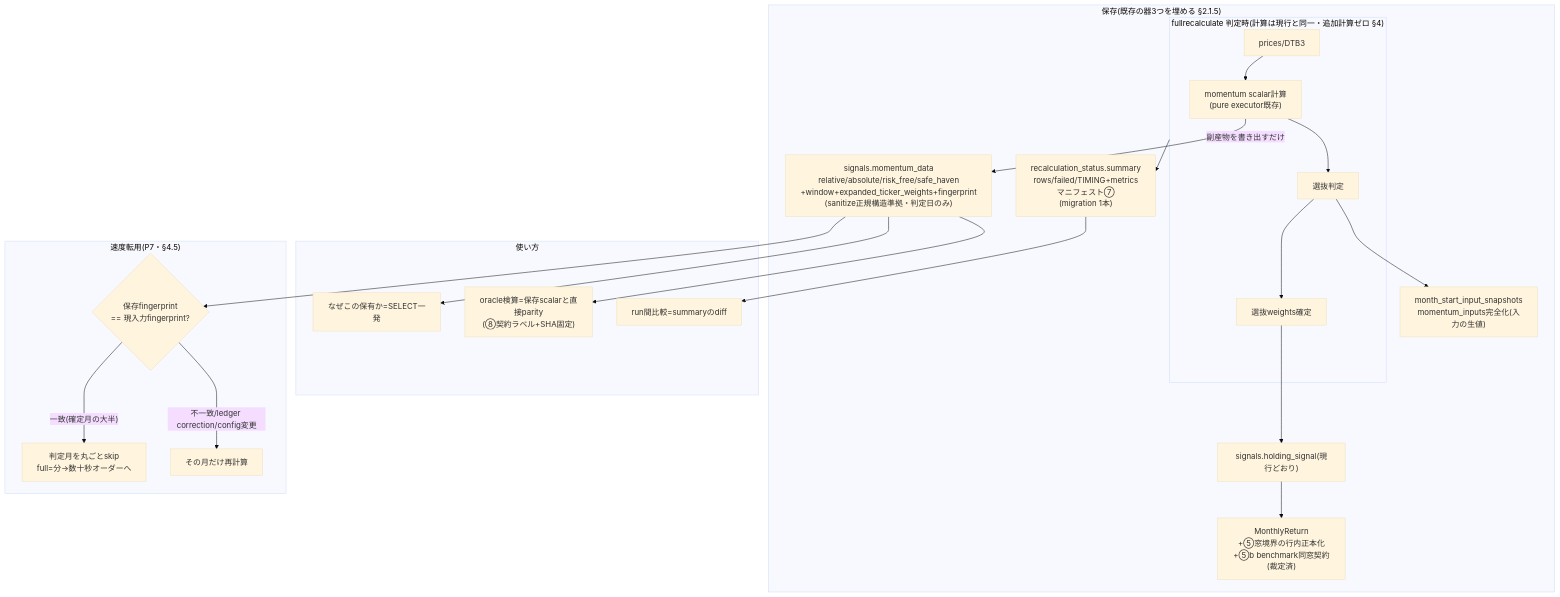
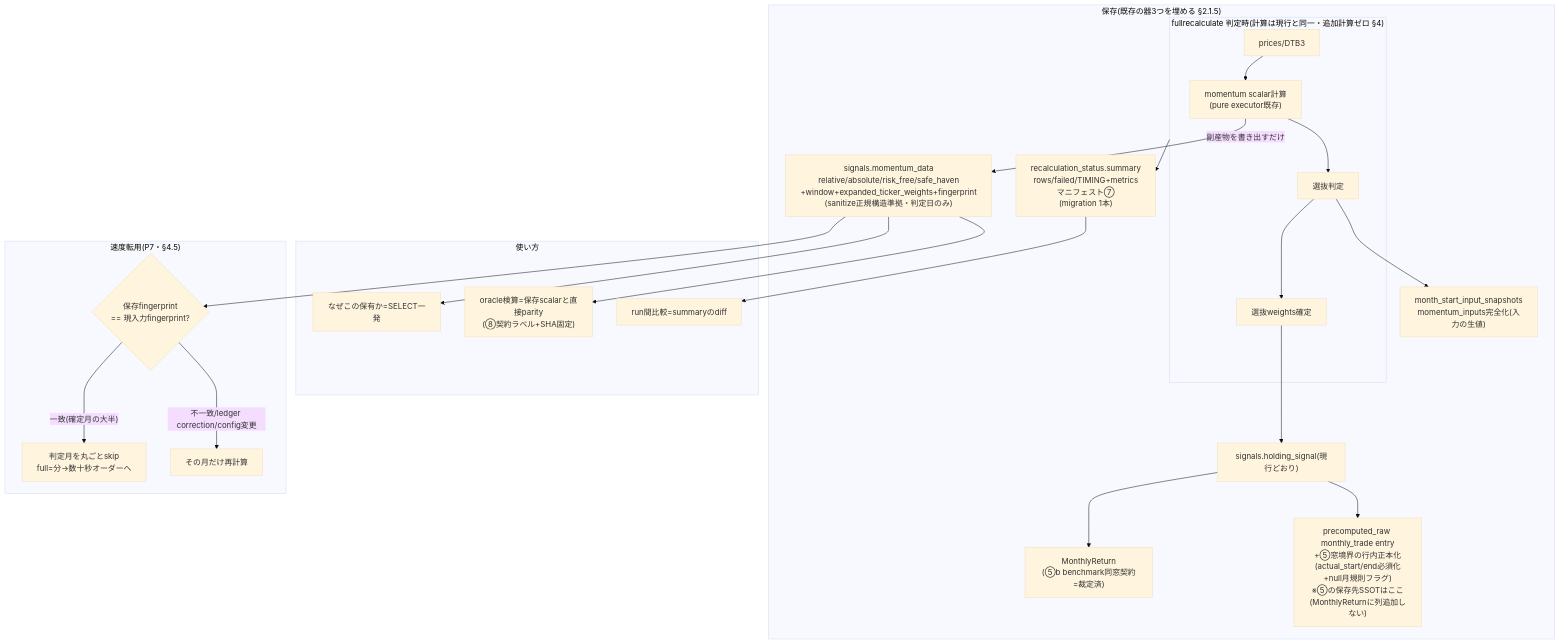
Before and after one commit to simokitafresh/multi-agent-shogun: the second of 2 diagrams in docs/research/dm-decision-provenance-asis-tobe-5w1h_20260813.md, drawn with Mermaid (base theme). The commit also changed other lines of this file, not shown here.

````diff
--- a/docs/research/dm-decision-provenance-asis-tobe-5w1h_20260813.md
+++ b/docs/research/dm-decision-provenance-asis-tobe-5w1h_20260813.md
@@ -153,25 +155,26 @@
 ```mermaid
 flowchart TB
   subgraph CALC["fullrecalculate 判定時(計算は現行と同一・追加計算ゼロ §4)"]
     P[prices/DTB3] --> M["momentum scalar計算<br/>(pure executor既存)"]
     M --> S["選抜判定"]
     S --> W["選抜weights確定"]
   end
   subgraph SAVE["保存(既存の器3つを埋める §2.1.5)"]
     W --> HS["signals.holding_signal(現行どおり)"]
     M -->|"副産物を書き出すだけ"| PD["signals.momentum_data<br/>relative/absolute/risk_free/safe_haven<br/>+window+expanded_ticker_weights+fingerprint<br/>(sanitize正規構造準拠・判定日のみ)"]
     S --> SNAP["month_start_input_snapshots<br/>momentum_inputs完全化(入力の生値)"]
     CALC --> SUM["recalculation_status.summary<br/>rows/failed/TIMING+metricsマニフェスト⑦<br/>(migration 1本)"]
-    HS --> MR["MonthlyReturn<br/>+⑤窓境界の行内正本化<br/>+⑤b benchmark同窓契約(裁定済)"]
+    HS --> MR["MonthlyReturn<br/>(⑤b benchmark同窓契約=裁定済)"]
+    HS --> PR["precomputed_raw monthly_trade entry<br/>+⑤窓境界の行内正本化<br/>(actual_start/end必須化+null月規則フラグ)<br/>※⑤の保存先SSOTはここ(MonthlyReturnに列追加しない)"]
   end
   subgraph USE["使い方"]
     PD --> Q1["なぜこの保有か=SELECT一発"]
     PD --> Q2["oracle検算=保存scalarと直接parity<br/>(⑧契約ラベル+SHA固定)"]
     SUM --> Q3["run間比較=summaryのdiff"]
   end
   subgraph SPEED["速度転用(P7・§4.5)"]
     PD --> FP{"保存fingerprint<br/>== 現入力fingerprint?"}
     FP -->|"一致(確定月の大半)"| SKIP["判定月を丸ごとskip<br/>full=分→数十秒オーダーへ"]
     FP -->|"不一致/ledger correction/config変更"| RECALC["その月だけ再計算"]
   end
 ```
````
